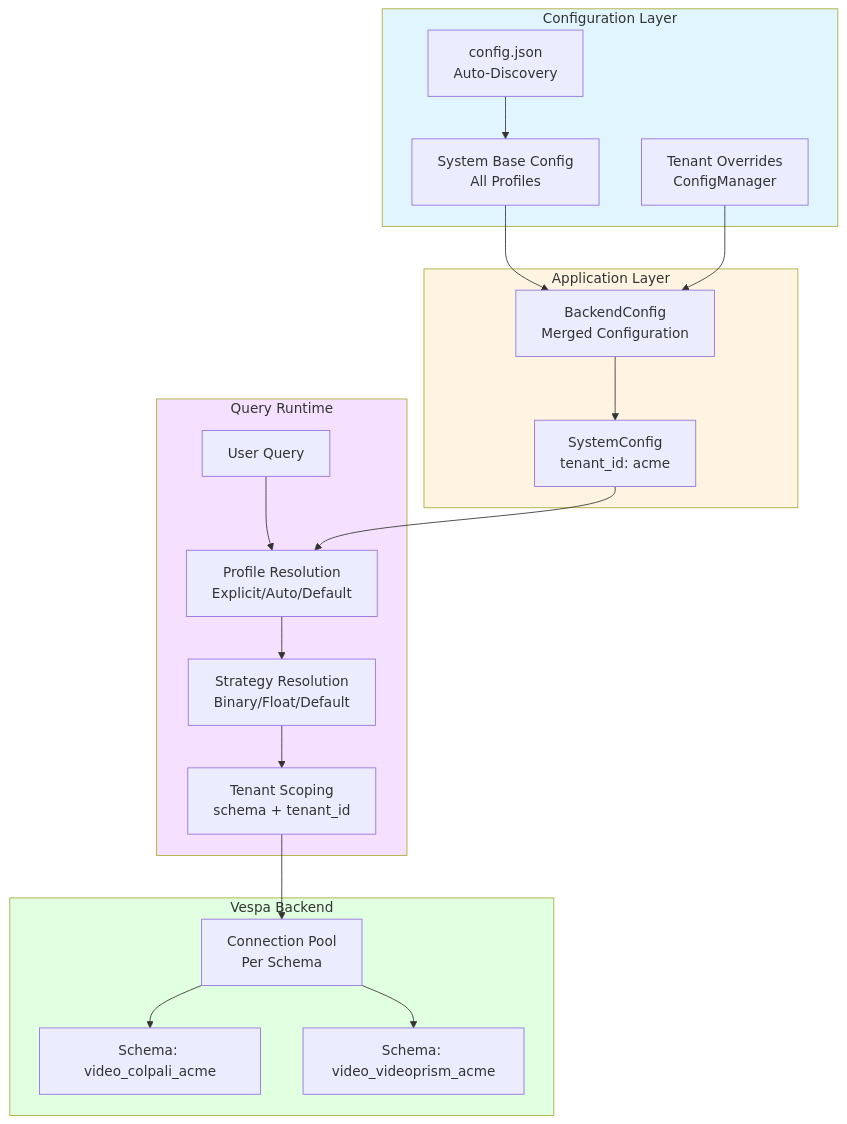
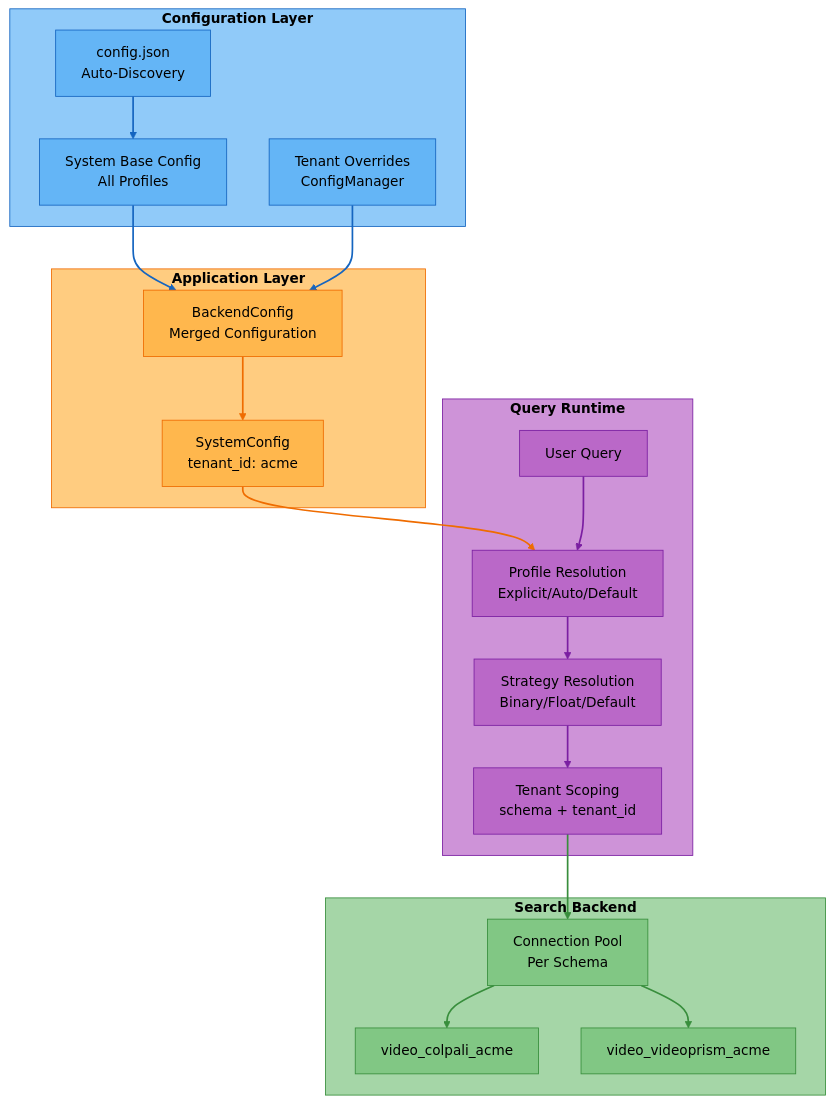
The fourth of 6 diagrams in docs/architecture/overview.md (amit-jain/cogniverse), drawn with Mermaid before and after one commit. The commit also changed other lines of this file and 83 other files, not shown here.

First line of the commit message:
Fix documentation veracity, formatting, and diagrams across all modules

````diff
--- a/docs/architecture/overview.md
+++ b/docs/architecture/overview.md
@@ -551,40 +404,66 @@
 ```mermaid
 flowchart TB
-    subgraph Config[Configuration Layer]
-        ConfigFile[config.json<br/>Auto-Discovery]
-        SystemBase[System Base Config<br/>All Profiles]
-        TenantOverride[Tenant Overrides<br/>ConfigManager]
+    subgraph Config["<span style='color:#000'><b>Configuration Layer</b></span>"]
+        ConfigFile["<span style='color:#000'>config.json<br/>Auto-Discovery</span>"]
+        SystemBase["<span style='color:#000'>System Base Config<br/>All Profiles</span>"]
+        TenantOverride["<span style='color:#000'>Tenant Overrides<br/>ConfigManager</span>"]
     end
 
-    subgraph Application[Application Layer]
-        SystemConfig[SystemConfig<br/>tenant_id: acme]
-        BackendConfig[BackendConfig<br/>Merged Configuration]
+    subgraph Application["<span style='color:#000'><b>Application Layer</b></span>"]
+        SystemConfig["<span style='color:#000'>SystemConfig<br/>tenant_id: acme</span>"]
+        BackendConfigNode["<span style='color:#000'>BackendConfig<br/>Merged Configuration</span>"]
     end
 
-    subgraph Runtime[Query Runtime]
-        Query[User Query] --> ProfileResolution[Profile Resolution<br/>Explicit/Auto/Default]
-        ProfileResolution --> StrategyResolution[Strategy Resolution<br/>Binary/Float/Default]
-        StrategyResolution --> TenantScoping[Tenant Scoping<br/>schema + tenant_id]
+    subgraph Runtime["<span style='color:#000'><b>Query Runtime</b></span>"]
+        Query["<span style='color:#000'>User Query</span>"]
+        ProfileResolution["<span style='color:#000'>Profile Resolution<br/>Explicit/Auto/Default</span>"]
+        StrategyResolution["<span style='color:#000'>Strategy Resolution<br/>Binary/Float/Default</span>"]
+        TenantScoping["<span style='color:#000'>Tenant Scoping<br/>schema + tenant_id</span>"]
     end
 
-    subgraph Vespa[Vespa Backend]
-        ConnectionPool[Connection Pool<br/>Per Schema]
-        Schema1[Schema: video_colpali_acme]
-        Schema2[Schema: video_videoprism_acme]
+    subgraph Backend["<span style='color:#000'><b>Search Backend</b></span>"]
+        ConnectionPool["<span style='color:#000'>Connection Pool<br/>Per Schema</span>"]
+        Schema1["<span style='color:#000'>video_colpali_acme</span>"]
+        Schema2["<span style='color:#000'>video_videoprism_acme</span>"]
     end
 
     ConfigFile --> SystemBase
-    SystemBase --> BackendConfig
-    TenantOverride --> BackendConfig
-    BackendConfig --> SystemConfig
+    SystemBase --> BackendConfigNode
+    TenantOverride --> BackendConfigNode
+    BackendConfigNode --> SystemConfig
     SystemConfig --> ProfileResolution
+
+    Query --> ProfileResolution
+    ProfileResolution --> StrategyResolution
+    StrategyResolution --> TenantScoping
 
     TenantScoping --> ConnectionPool
     ConnectionPool --> Schema1
     ConnectionPool --> Schema2
 
-    style Config fill:#e1f5ff
-    style Application fill:#fff4e1
-    style Runtime fill:#f5e1ff
-    style Vespa fill:#e1ffe1
+    style Config fill:#90caf9,stroke:#1565c0,color:#000
+    style Application fill:#ffcc80,stroke:#ef6c00,color:#000
+    style Runtime fill:#ce93d8,stroke:#7b1fa2,color:#000
+    style Backend fill:#a5d6a7,stroke:#388e3c,color:#000
+
+    style ConfigFile fill:#64b5f6,stroke:#1565c0,color:#000
+    style SystemBase fill:#64b5f6,stroke:#1565c0,color:#000
+    style TenantOverride fill:#64b5f6,stroke:#1565c0,color:#000
+
+    style SystemConfig fill:#ffb74d,stroke:#ef6c00,color:#000
+    style BackendConfigNode fill:#ffb74d,stroke:#ef6c00,color:#000
+
+    style Query fill:#ba68c8,stroke:#7b1fa2,color:#000
+    style ProfileResolution fill:#ba68c8,stroke:#7b1fa2,color:#000
+    style StrategyResolution fill:#ba68c8,stroke:#7b1fa2,color:#000
+    style TenantScoping fill:#ba68c8,stroke:#7b1fa2,color:#000
+
+    style ConnectionPool fill:#81c784,stroke:#388e3c,color:#000
+    style Schema1 fill:#81c784,stroke:#388e3c,color:#000
+    style Schema2 fill:#81c784,stroke:#388e3c,color:#000
+
+    linkStyle 0,1,2 stroke:#1565c0,stroke-width:2px
+    linkStyle 3,4 stroke:#ef6c00,stroke-width:2px
+    linkStyle 5,6,7 stroke:#7b1fa2,stroke-width:2px
+    linkStyle 8,9,10 stroke:#388e3c,stroke-width:2px
 ```
````
